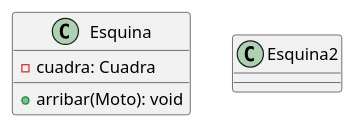
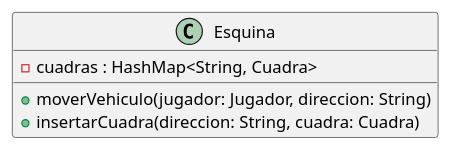
Before and after one commit to TP2Algo3FIUBA/tp2: the diagram in diagrams/classes/esquina.plantuml, drawn with PlantUML. The commit also changed 1 other file, not shown here.

Commit message:
Diagrama clase Esquina Uml

```diff
--- a/diagrams/classes/esquina.plantuml
+++ b/diagrams/classes/esquina.plantuml
@@ -1,11 +1,9 @@
 @startuml
-         class Esquina {
-           - cuadra: Cuadra
-           + arribar(Moto): void
-        }
 
-        class Esquina2{
-
-        }
+    class Esquina {
+         -cuadras : HashMap<String, Cuadra>
+         +moverVehiculo(jugador: Jugador, direccion: String)
+         +insertarCuadra(direccion: String, cuadra: Cuadra)
+    }
 
 @enduml
```
